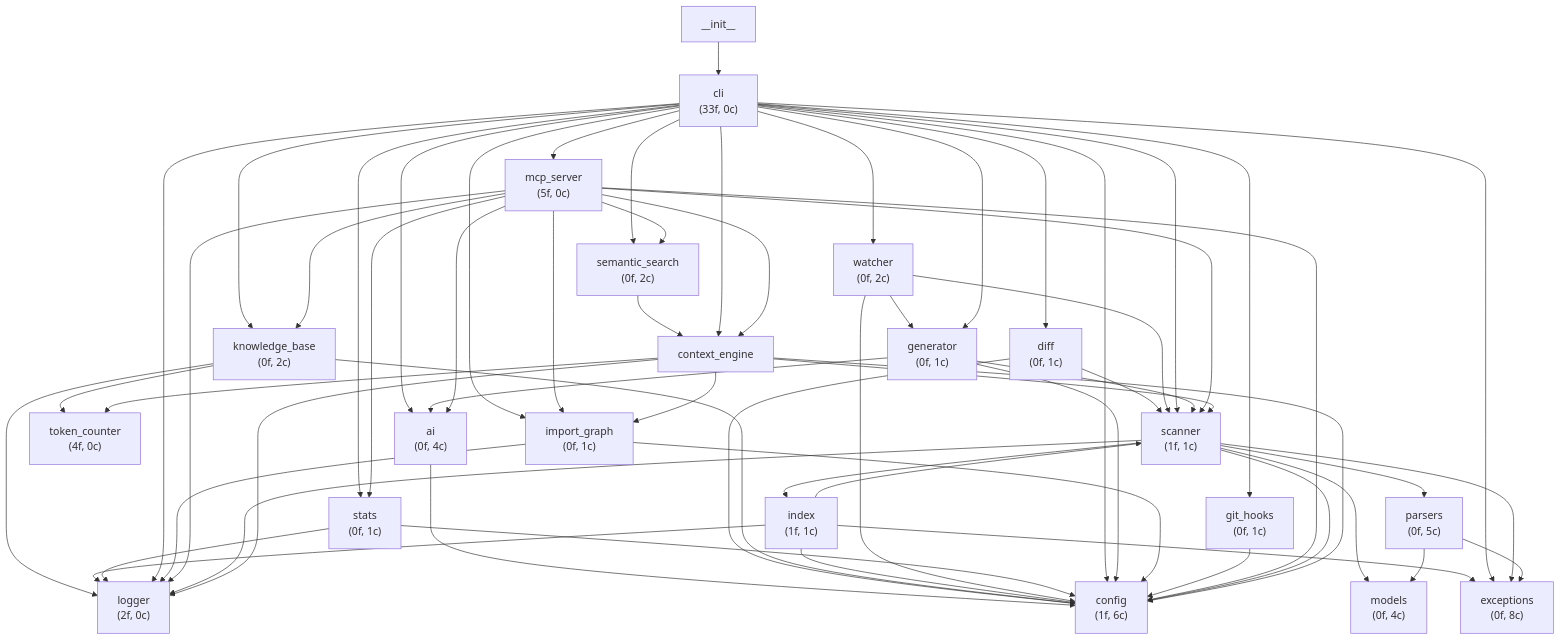
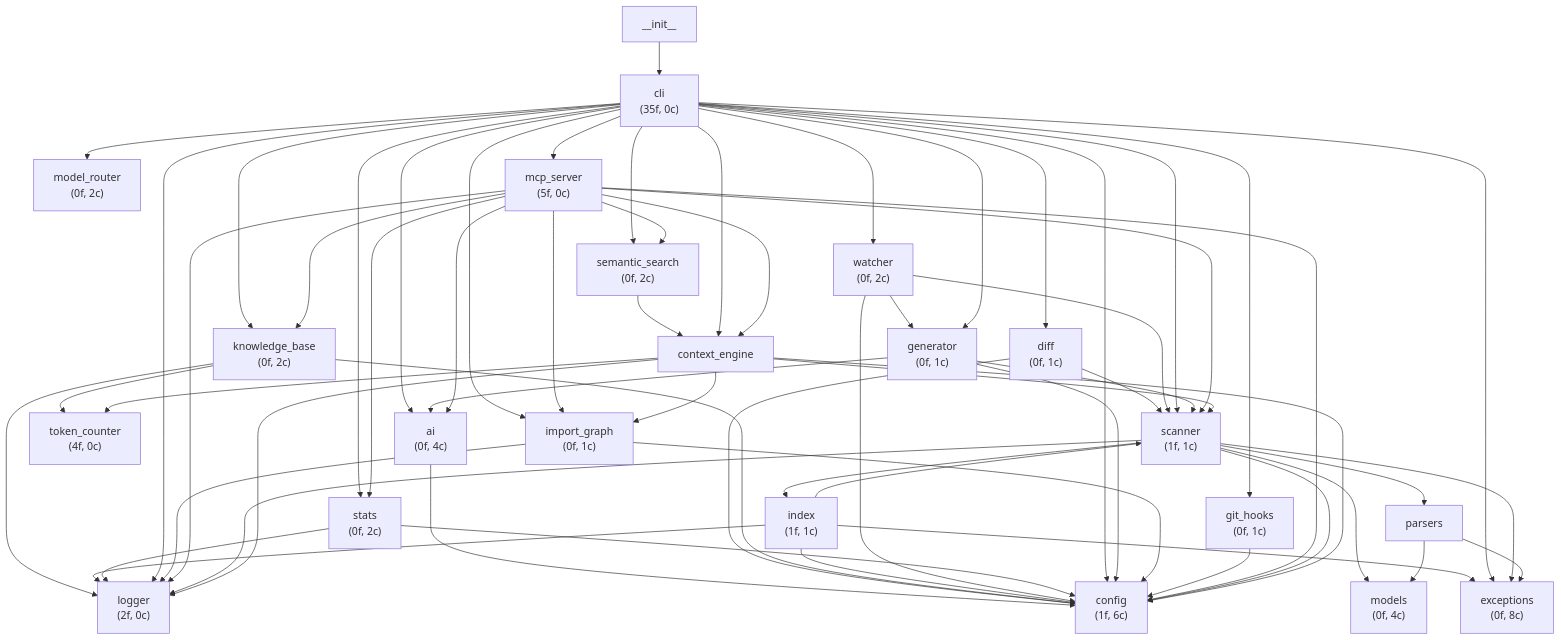
The diagram in docs/architecture.md (sushilk1991/know-cli), drawn with Mermaid before and after one commit. The commit also changed 3 other files, not shown here.

```diff
--- a/docs/architecture.md
+++ b/docs/architecture.md
@@ -10,10 +10,11 @@
     watcher["watcher\n(0f, 2c)"]
     models["models\n(0f, 4c)"]
     token_counter["token_counter\n(4f, 0c)"]
-    stats["stats\n(0f, 1c)"]
+    model_router["model_router\n(0f, 2c)"]
+    stats["stats\n(0f, 2c)"]
     semantic_search["semantic_search\n(0f, 2c)"]
     __init__["__init__"]
-    cli["cli\n(33f, 0c)"]
+    cli["cli\n(35f, 0c)"]
     generator["generator\n(0f, 1c)"]
     config["config\n(1f, 6c)"]
     import_graph["import_graph\n(0f, 1c)"]
@@ -21,7 +22,6 @@
     git_hooks["git_hooks\n(0f, 1c)"]
     mcp_server["mcp_server\n(5f, 0c)"]
     scanner["scanner\n(1f, 1c)"]
-    parsers["parsers\n(0f, 5c)"]
 
     ai --> config
     diff --> config
@@ -54,6 +54,7 @@
     cli --> diff
     cli --> knowledge_base
     cli --> stats
+    cli --> model_router
     cli --> mcp_server
     generator --> config
     generator --> scanner
```
